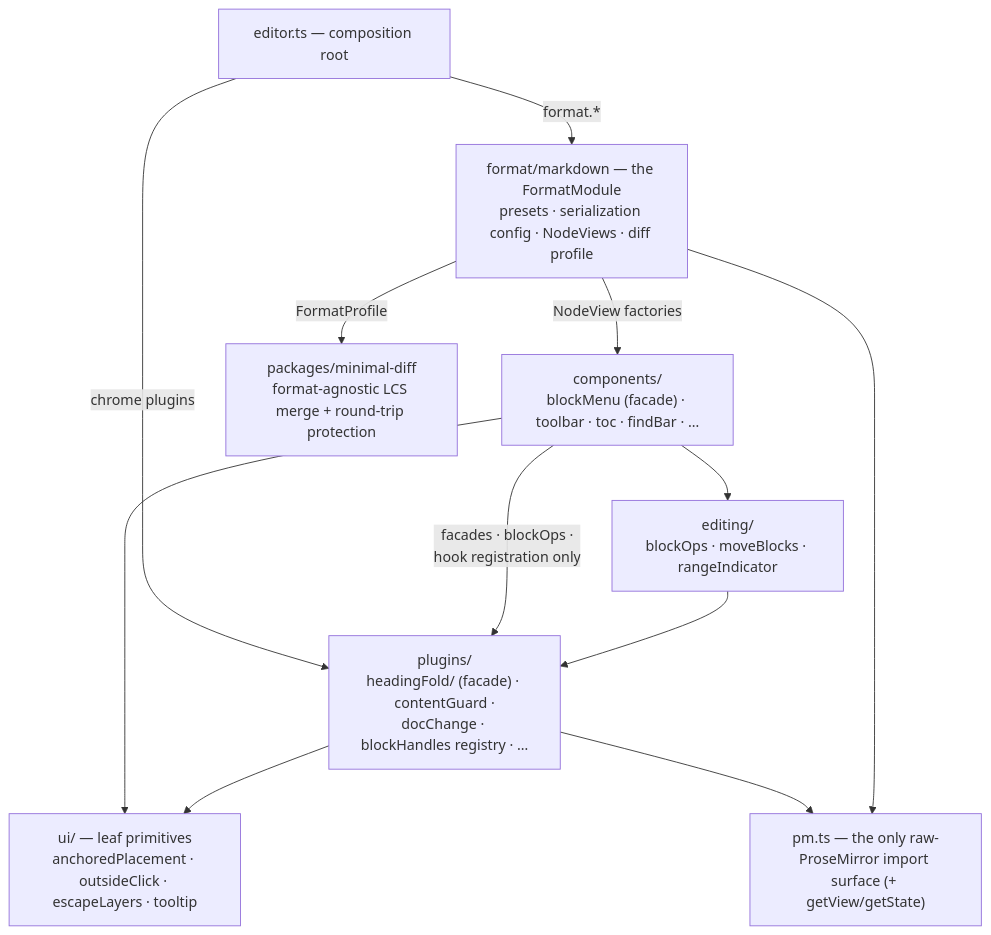
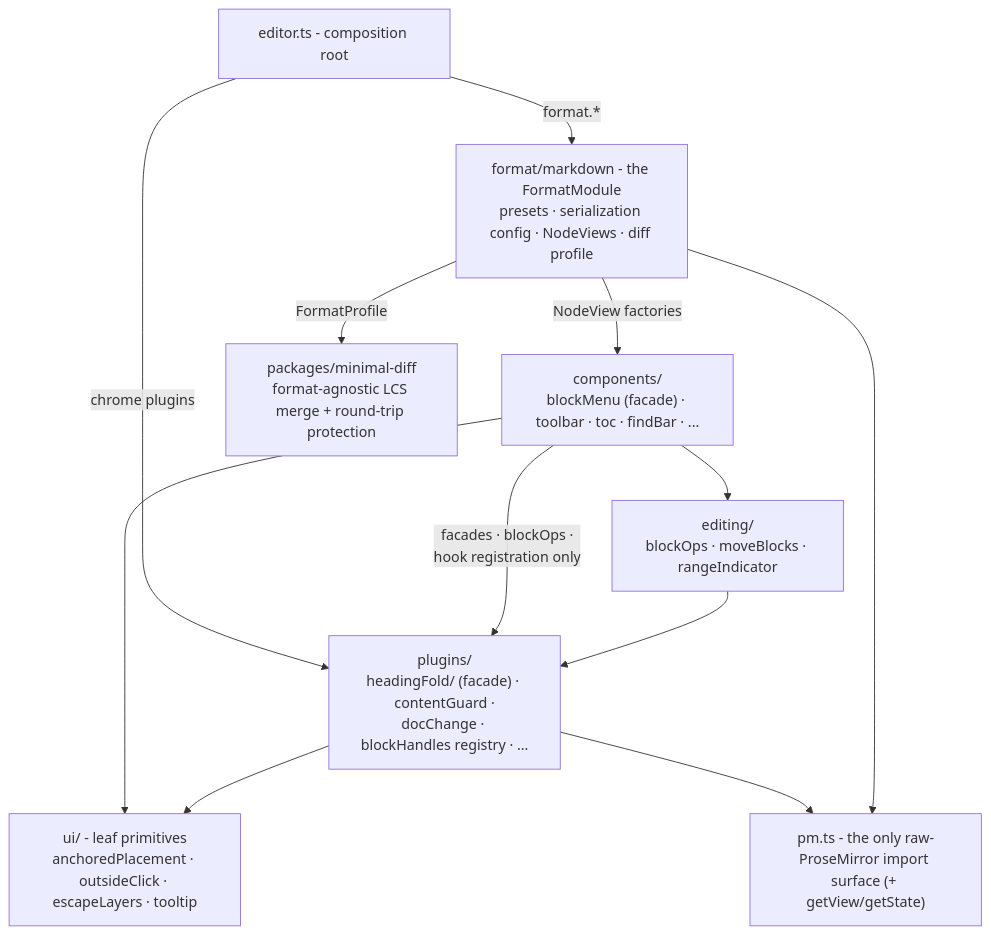
The third of 3 diagrams in docs/ARCHITECTURE.md (harlanlewis/birta-writer), drawn with Mermaid before and after one commit. The commit also changed other lines of this file and 10 other files, not shown here.

````diff
--- a/docs/ARCHITECTURE.md
+++ b/docs/ARCHITECTURE.md
@@ -71,23 +77,23 @@
 ```mermaid
 flowchart TB
-    ED["editor.ts — composition root"]
-    MD["format/markdown — the FormatModule<br/>presets · serialization config · NodeViews · diff profile"]
-    CMP["components/<br/>blockMenu (facade) · toolbar · toc · findBar · …"]
+    ED["editor.ts - composition root"]
+    MD["format/markdown - the FormatModule<br/>presets · serialization config · NodeViews · diff profile"]
+    CMP["components/<br/>blockMenu (facade) · toolbar · toc · findBar · ..."]
     EDG["editing/<br/>blockOps · moveBlocks · rangeIndicator"]
-    PL["plugins/<br/>headingFold/ (facade) · contentGuard ·<br/>docChange · blockHandles registry · …"]
-    UI["ui/ — leaf primitives<br/>anchoredPlacement · outsideClick · escapeLayers · tooltip"]
-    PM["pm.ts — the only raw-ProseMirror import surface (+ getView/getState)"]
+    PL["plugins/<br/>headingFold/ (facade) · contentGuard ·<br/>docChange · blockHandles registry · ..."]
+    UI["ui/ - leaf primitives<br/>anchoredPlacement · outsideClick · escapeLayers · tooltip"]
+    PM["pm.ts - the only raw-ProseMirror import surface (+ getView/getState)"]
     ENG["packages/minimal-diff<br/>format-agnostic LCS merge + round-trip protection"]
 
     ED -->|"format.*"| MD
     ED -->|chrome plugins| PL
     MD -->|NodeView factories| CMP
     MD -->|FormatProfile| ENG
     CMP -->|"facades · blockOps ·<br/>hook registration only"| PL
     CMP --> EDG
     CMP --> UI
     EDG --> PL
     PL --> UI
     PL --> PM
     MD --> PM
 ```
````
